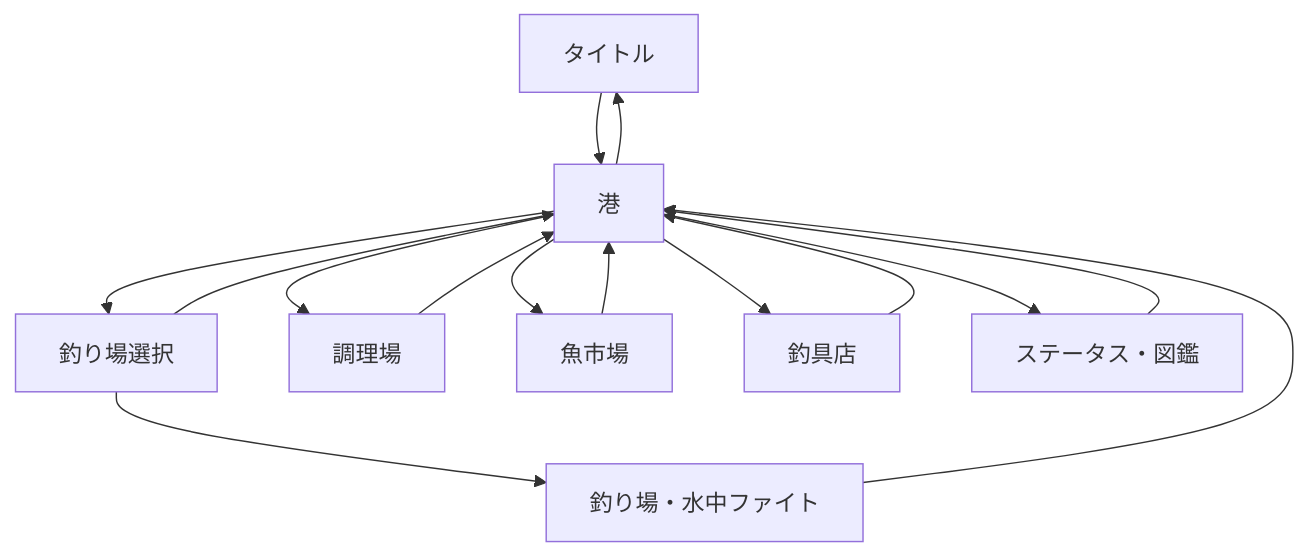
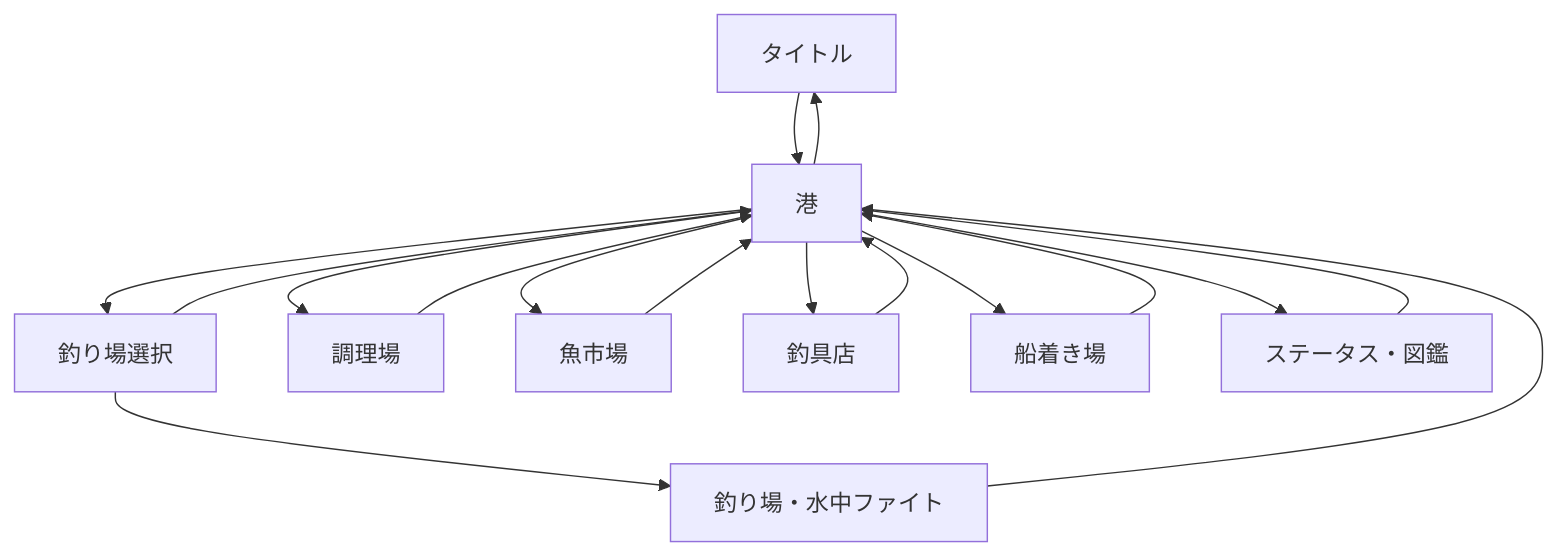
Before and after one commit to RYUKOU-OKUMURA/tsuri_quest_umi_mvp: the diagram in docs/03_画面遷移とUI.md, drawn with Mermaid. The commit also changed other lines of this file and 18 other files, not shown here.

````diff
--- a/docs/03_画面遷移とUI.md
+++ b/docs/03_画面遷移とUI.md
@@ -5,17 +5,19 @@
 ```mermaid
 flowchart TD
     T[タイトル] --> H[港]
     H --> P[釣り場選択]
     P --> F[釣り場・水中ファイト]
     P --> H
     F --> H
     H --> C[調理場]
     C --> H
     H --> M[魚市場]
     M --> H
     H --> S[釣具店]
     S --> H
+    H --> Y[船着き場]
+    Y --> H
     H --> B[ステータス・図鑑]
     B --> H
     H --> T
 ```
````
